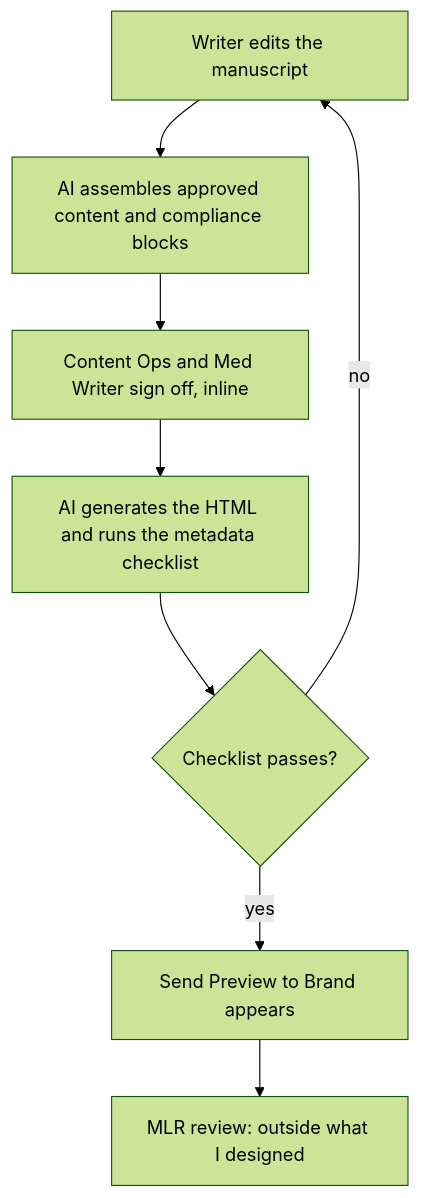
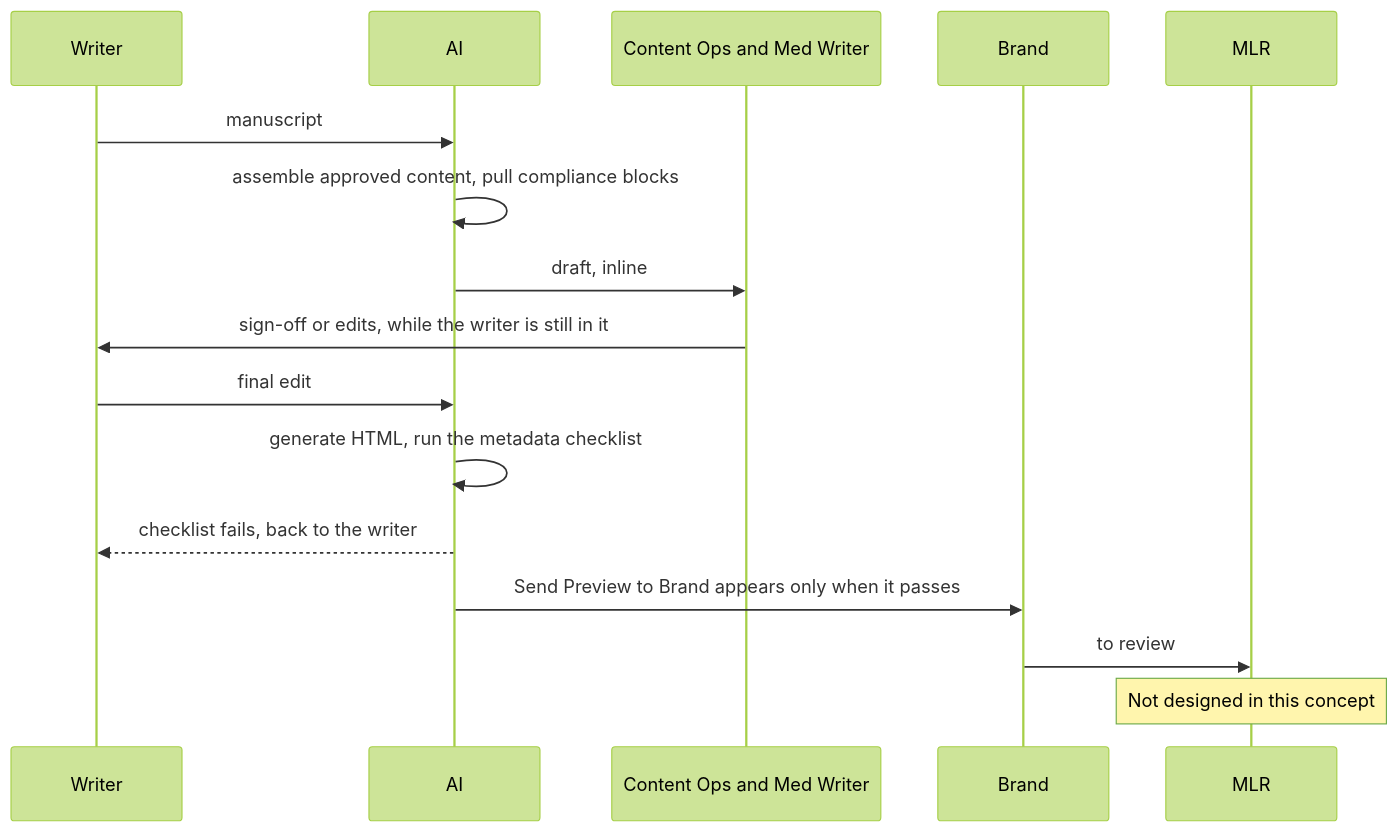
One commit to hbarsky00/barsky-design-canvas changed the diagram in docs/diagrams/email-creation-ai/between-the-humans.mmd. Above: the diagram before and after it, drawn with Mermaid (forest theme). The commit also changed 53 other files, not shown here.

First line of the commit message:
Redraw every diagram so they read at 1:1 and stop looking like one template

```diff
--- a/docs/diagrams/email-creation-ai/between-the-humans.mmd
+++ b/docs/diagrams/email-creation-ai/between-the-humans.mmd
@@ -1,8 +1,16 @@
-flowchart TB
-  w[Writer edits the manuscript] --> ai1[AI assembles approved content and compliance blocks]
-  ai1 --> q[Content Ops and Med Writer sign off, inline]
-  q --> ai2[AI generates the HTML and runs the metadata checklist]
-  ai2 --> c{Checklist passes?}
-  c -->|no| w
-  c -->|yes| b[Send Preview to Brand appears]
-  b --> m[MLR review: outside what I designed]
+sequenceDiagram
+  participant W as Writer
+  participant AI as AI
+  participant R as Content Ops and Med Writer
+  participant B as Brand
+  participant M as MLR
+  W->>AI: manuscript
+  AI->>AI: assemble approved content, pull compliance blocks
+  AI->>R: draft, inline
+  R->>W: sign-off or edits, while the writer is still in it
+  W->>AI: final edit
+  AI->>AI: generate HTML, run the metadata checklist
+  AI-->>W: checklist fails, back to the writer
+  AI->>B: Send Preview to Brand appears only when it passes
+  B->>M: to review
+  Note over M: Not designed in this concept
```
